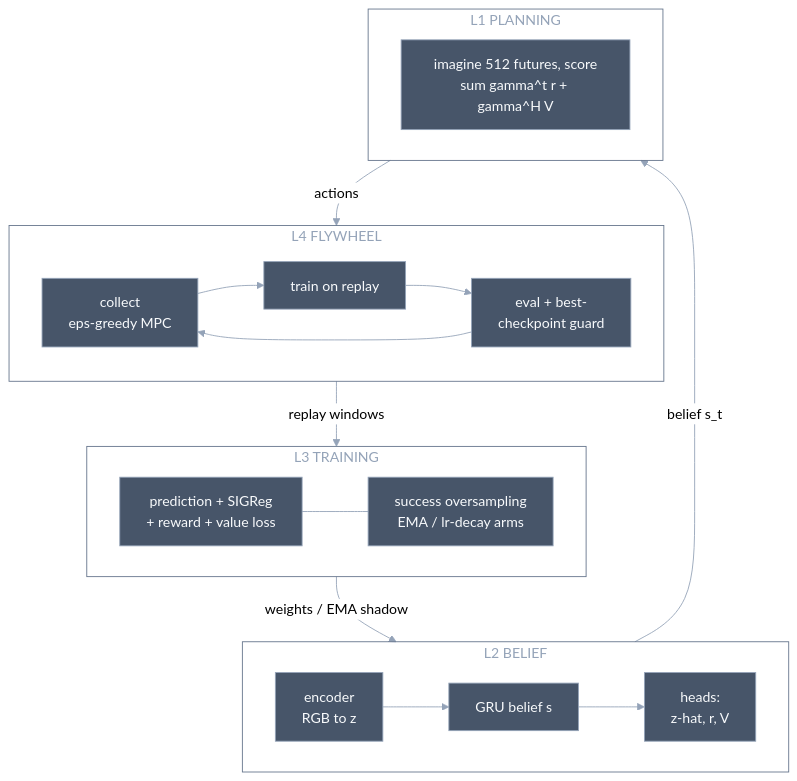
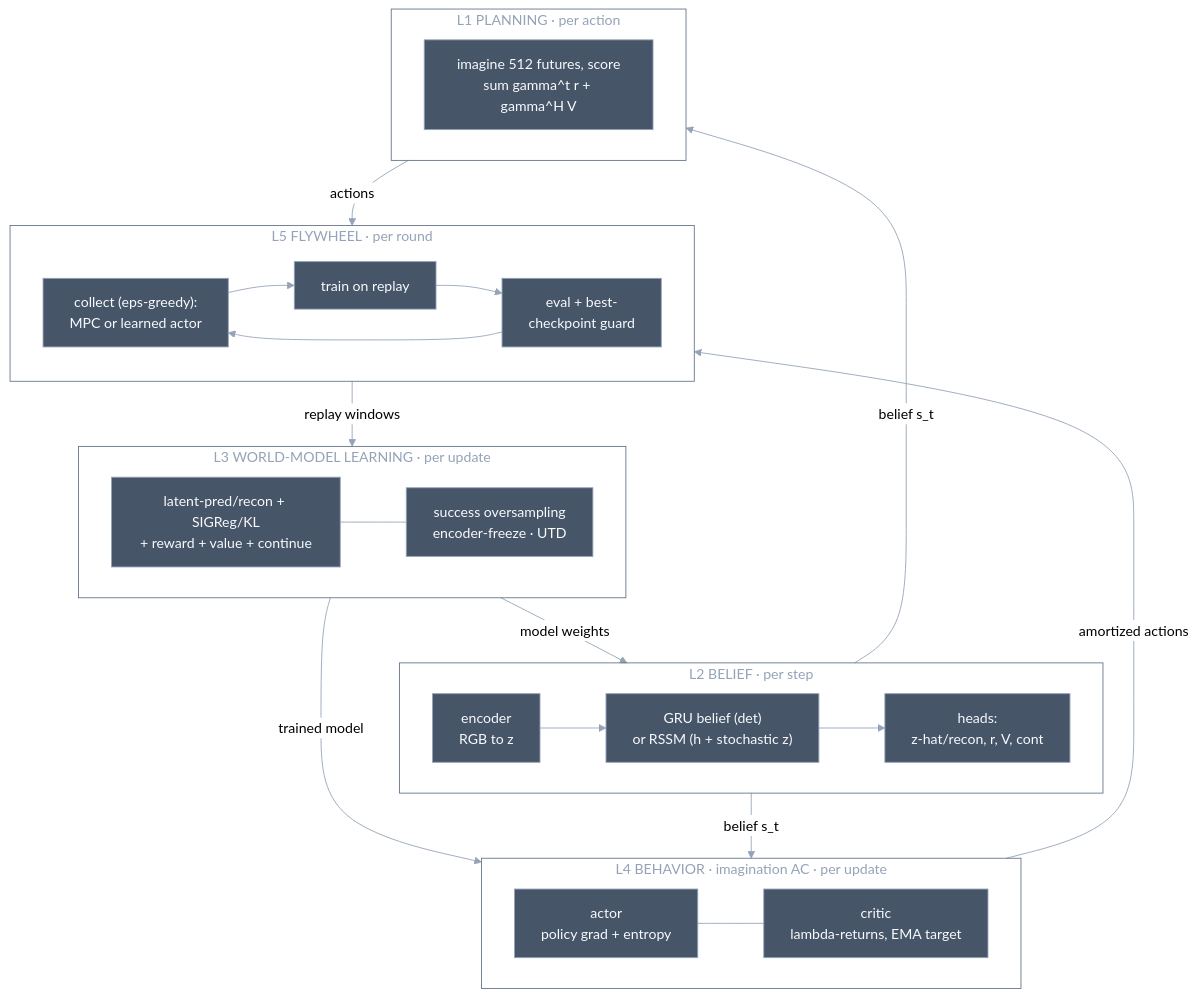
Before and after one commit to davidverholen/world-model-lab: the diagram in knowledge/design/agent-architecture.md, drawn with Mermaid (neutral theme). The commit also changed other lines of this file and 2 other files, not shown here.

````diff
--- a/knowledge/design/agent-architecture.md
+++ b/knowledge/design/agent-architecture.md
@@ -18,34 +21,43 @@
 ```mermaid
 flowchart TB
-    subgraph L4["L4 FLYWHEEL"]
+    subgraph L5["L5 FLYWHEEL · per round"]
         direction LR
-        collect["collect<br/>eps-greedy MPC"] --> trainstep["train on replay"] --> evalstep["eval + best-<br/>checkpoint guard"] --> collect
+        collect["collect (eps-greedy):<br/>MPC or learned actor"] --> trainstep["train on replay"] --> evalstep["eval + best-<br/>checkpoint guard"] --> collect
     end
 
-    subgraph L3["L3 TRAINING"]
+    subgraph L4["L4 BEHAVIOR · imagination AC · per update"]
         direction LR
-        loss["prediction + SIGReg<br/>+ reward + value loss"] --- tricks["success oversampling<br/>EMA / lr-decay arms"]
+        actor["actor<br/>policy grad + entropy"] --- critic["critic<br/>lambda-returns, EMA target"]
     end
 
-    subgraph L2["L2 BELIEF"]
+    subgraph L3["L3 WORLD-MODEL LEARNING · per update"]
         direction LR
-        enc["encoder<br/>RGB to z"] --> gru["GRU belief s"] --> heads["heads:<br/>z-hat, r, V"]
+        loss["latent-pred/recon + SIGReg/KL<br/>+ reward + value + continue"] --- tricks["success oversampling<br/>encoder-freeze · UTD"]
     end
 
-    subgraph L1["L1 PLANNING"]
+    subgraph L2["L2 BELIEF · per step"]
+        direction LR
+        enc["encoder<br/>RGB to z"] --> dyn["GRU belief (det)<br/>or RSSM (h + stochastic z)"] --> heads["heads:<br/>z-hat/recon, r, V, cont"]
+    end
+
+    subgraph L1["L1 PLANNING · per action"]
         cem["imagine 512 futures, score<br/>sum gamma^t r + gamma^H V"]
     end
 
-    L4 -->|replay windows| L3
-    L3 -->|weights / EMA shadow| L2
+    L5 -->|replay windows| L3
+    L3 -->|model weights| L2
+    L3 -->|trained model| L4
     L2 -->|belief s_t| L1
-    L1 -->|actions| L4
+    L2 -->|belief s_t| L4
+    L1 -->|actions| L5
+    L4 -->|amortized actions| L5
 
     classDef box fill:#475569,stroke:#94a3b8,color:#f8fafc
-    class collect,trainstep,evalstep,loss,tricks,enc,gru,heads,cem box
+    class collect,trainstep,evalstep,loss,tricks,enc,dyn,heads,cem,actor,critic box
+    style L5 fill:none,stroke:#64748b,color:#94a3b8
     style L4 fill:none,stroke:#64748b,color:#94a3b8
     style L3 fill:none,stroke:#64748b,color:#94a3b8
     style L2 fill:none,stroke:#64748b,color:#94a3b8
     style L1 fill:none,stroke:#64748b,color:#94a3b8
     linkStyle default stroke:#94a3b8
 ```
````
